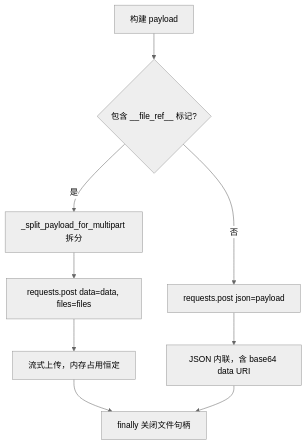
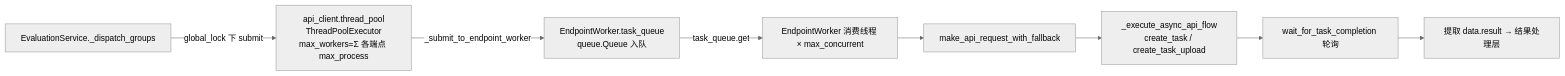
Before and after one commit to ydz-auto/intelligent_audio_test: the second of 2 diagrams in Intelligent-Audio-TEST/doc/voice_llm/04_执行测试/backend/26_evaluation_api_client适配.md, drawn with Mermaid (neutral theme). The commit also changed other lines of this file and 69 other files, not shown here.

````diff
--- a/Intelligent-Audio-TEST/doc/voice_llm/04_执行测试/backend/26_evaluation_api_client适配.md
+++ b/Intelligent-Audio-TEST/doc/voice_llm/04_执行测试/backend/26_evaluation_api_client适配.md
@@ -172,11 +177,10 @@
 ```mermaid
-graph TD
-    A[构建 payload] --> B{包含 __file_ref__ 标记?}
-    B -->|是| C[_split_payload_for_multipart 拆分]
-    C --> D[requests.post data=data, files=files]
-    D --> E[流式上传，内存占用恒定]
-    B -->|否| F[requests.post json=payload]
-    F --> G[JSON 内联，含 base64 data URI]
-    E --> H[finally 关闭文件句柄]
-    G --> H
+flowchart LR
+    A[EvaluationService._dispatch_groups] -->|global_lock 下 submit| B[api_client.thread_pool\nThreadPoolExecutor\nmax_workers=Σ 各端点 max_process]
+    B -->|_submit_to_endpoint_worker| C[EndpointWorker.task_queue\nqueue.Queue 入队]
+    C -->|task_queue.get| D[EndpointWorker 消费线程 × max_concurrent]
+    D --> E[make_api_request_with_fallback]
+    E --> F[_execute_async_api_flow\ncreate_task / create_task_upload]
+    F --> G[wait_for_task_completion 轮询]
+    G --> H[提取 data.result → 结果处理层]
 ```
````
